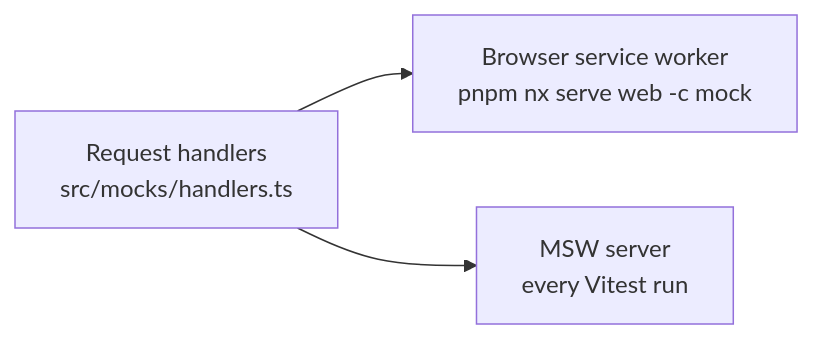
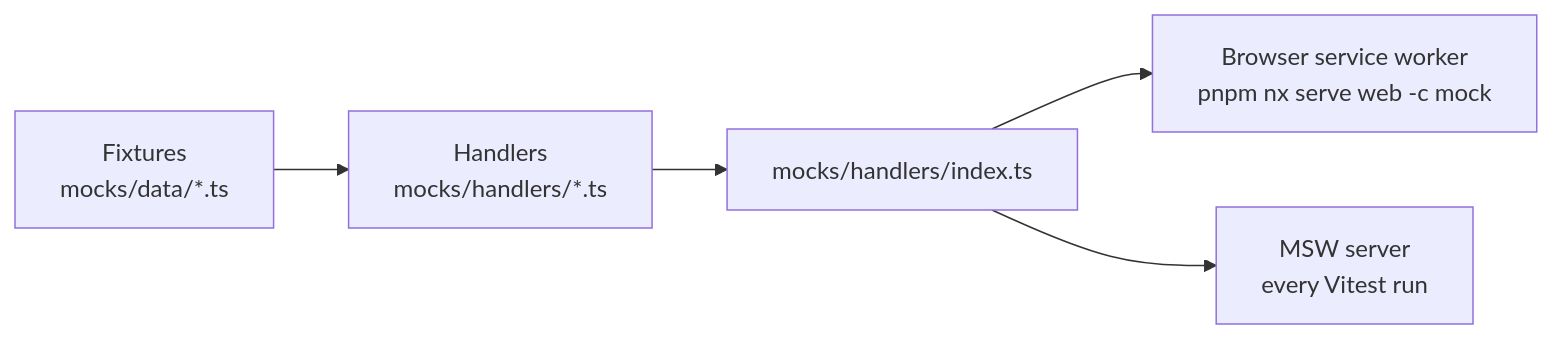
Before and after one commit to nitzanto/ratewatch: the second of 2 diagrams in apps/docs/src/content/docs/architecture/frontend.md, drawn with Mermaid. The commit also changed other lines of this file and 35 other files, not shown here.

````diff
--- a/apps/docs/src/content/docs/architecture/frontend.md
+++ b/apps/docs/src/content/docs/architecture/frontend.md
@@ -38,6 +79,7 @@
 ```mermaid
 flowchart LR
-  handlers["Request handlers<br/>src/mocks/handlers.ts"]
-  handlers --> worker["Browser service worker<br/>pnpm nx serve web -c mock"]
-  handlers --> server["MSW server<br/>every Vitest run"]
+  data["Fixtures<br/>mocks/data/*.ts"] --> handlers["Handlers<br/>mocks/handlers/*.ts"]
+  handlers --> index["mocks/handlers/index.ts"]
+  index --> worker["Browser service worker<br/>pnpm nx serve web -c mock"]
+  index --> server["MSW server<br/>every Vitest run"]
 ```
````
